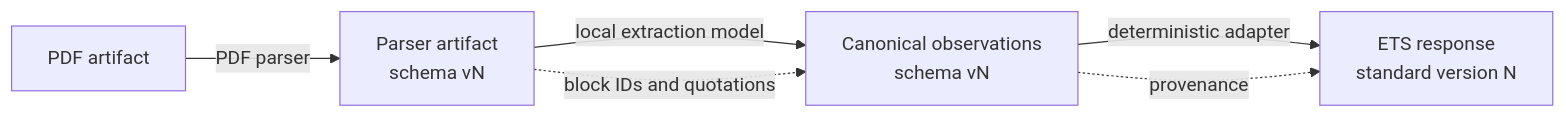
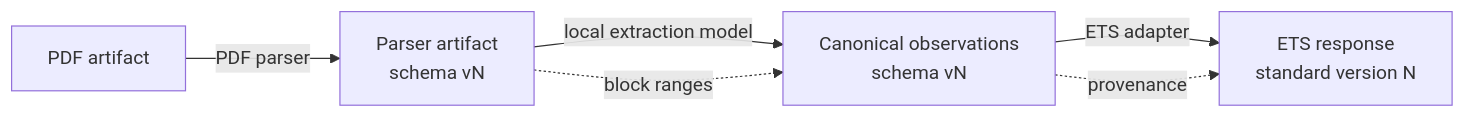
Before and after one commit to BioParser/BioParser: the fourth of 4 diagrams in docs/architecture.md, drawn with Mermaid. The commit also changed other lines of this file and 18 other files, not shown here.

````diff
--- a/docs/architecture.md
+++ b/docs/architecture.md
@@ -292,14 +290,14 @@
 ```mermaid
 flowchart LR
     PDF[PDF artifact]
     Parsed[Parser artifact<br/>schema vN]
     Canonical[Canonical observations<br/>schema vN]
     ETS[ETS response<br/>standard version N]
 
     PDF -->|PDF parser| Parsed
     Parsed -->|local extraction model| Canonical
-    Canonical -->|deterministic adapter| ETS
+    Canonical -->|ETS adapter| ETS
 
-    Parsed -. block IDs and quotations .-> Canonical
+    Parsed -. block ranges .-> Canonical
     Canonical -. provenance .-> ETS
 ```
````
